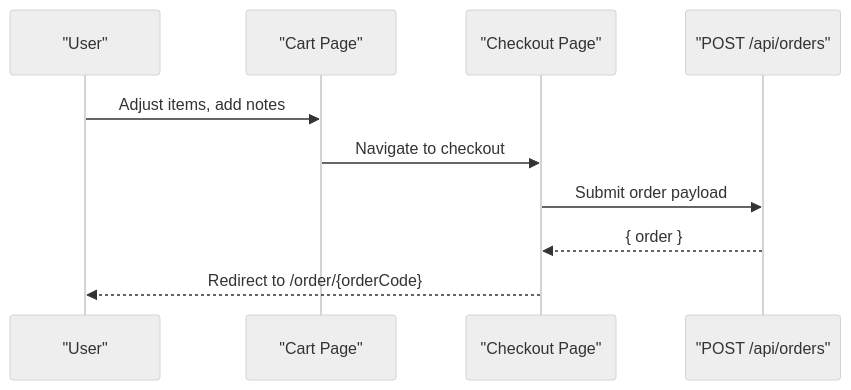
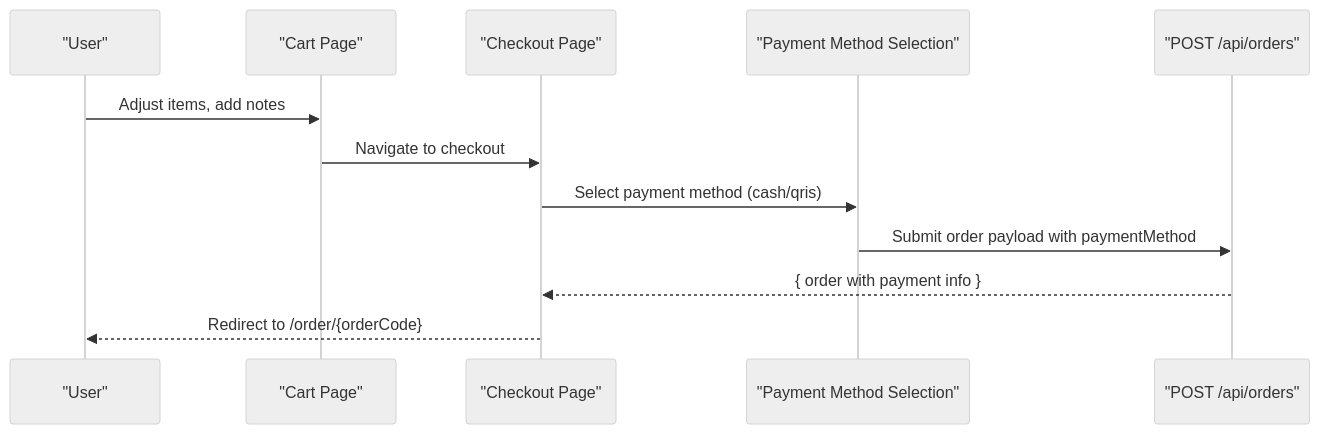
One commit to Ice-Nao-Eevee/Tera_Work changed the sixth of 10 diagrams in .qoder/repowiki/en/content/Architecture Overview/Backend Architecture/API Layer/Orders API Endpoints.md. Above: the diagram before and after it, drawn with Mermaid (neutral theme). The commit also changed other lines of this file and 55 other files, not shown here.

````diff
--- a/.qoder/repowiki/en/content/Architecture Overview/Backend Architecture/API Layer/Orders API Endpoints.md
+++ b/.qoder/repowiki/en/content/Architecture Overview/Backend Architecture/API Layer/Orders API Endpoints.md
@@ -292,12 +311,14 @@
 ```mermaid
 sequenceDiagram
 participant User as "User"
 participant Cart as "Cart Page"
 participant Checkout as "Checkout Page"
+participant PaymentSelection as "Payment Method Selection"
 participant OrdersAPI as "POST /api/orders"
 User->>Cart : Adjust items, add notes
 Cart->>Checkout : Navigate to checkout
-Checkout->>OrdersAPI : Submit order payload
-OrdersAPI-->>Checkout : { order }
+Checkout->>PaymentSelection : Select payment method (cash/qris)
+PaymentSelection->>OrdersAPI : Submit order payload with paymentMethod
+OrdersAPI-->>Checkout : { order with payment info }
 Checkout-->>User : Redirect to /order/{orderCode}
 ```
````
